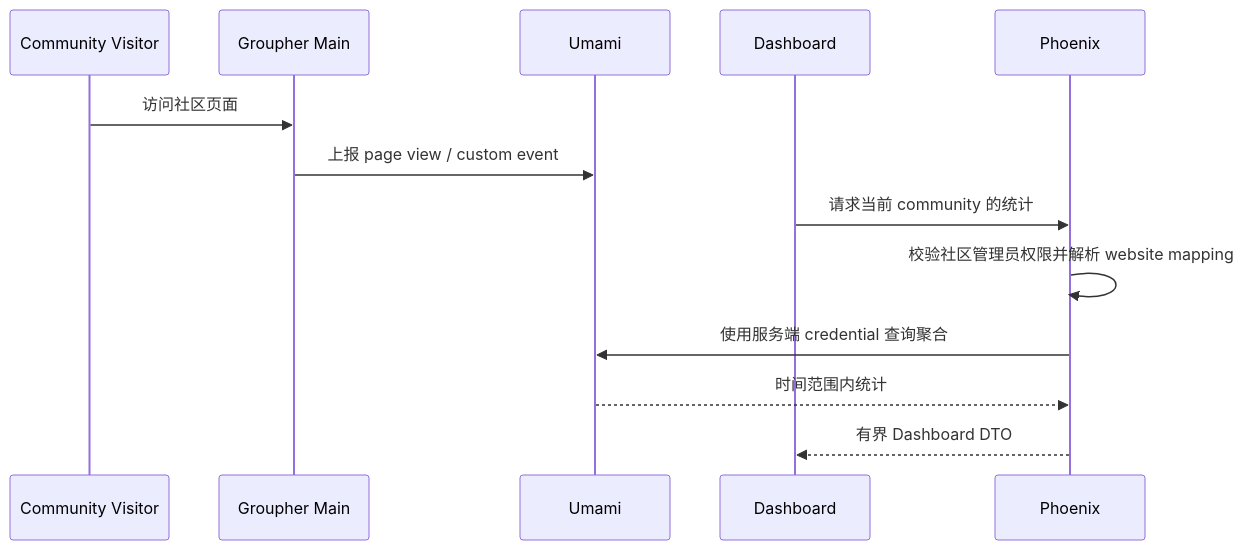
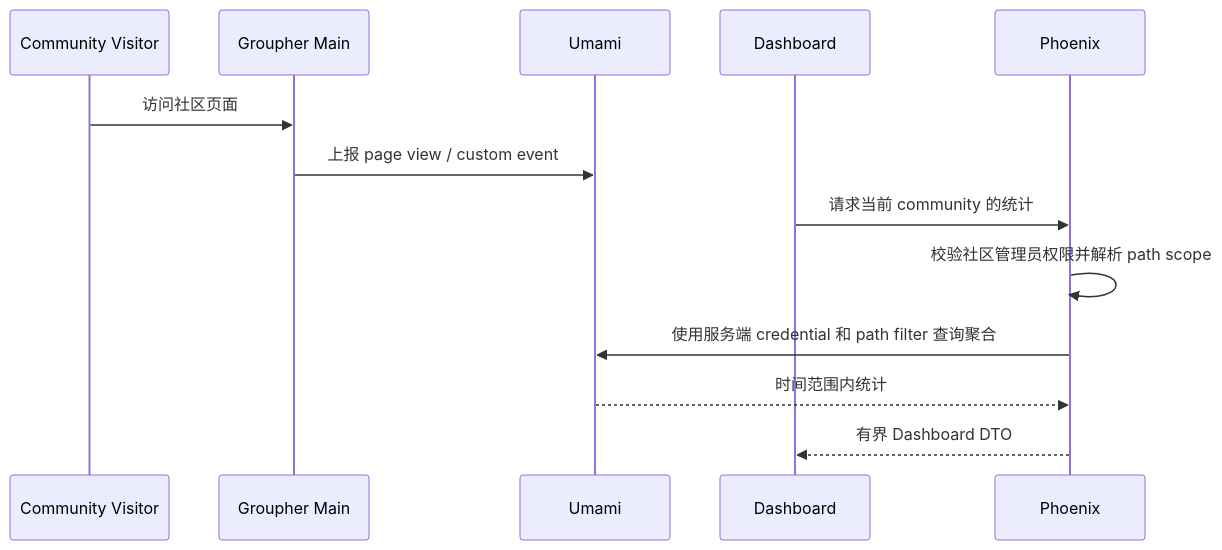
One commit to groupher/groupher changed the diagram in docs/sub-apps/umami.md. Above: the diagram before and after it, drawn with Mermaid. The commit also changed other lines of this file and 10 other files, not shown here.

````diff
--- a/docs/sub-apps/umami.md
+++ b/docs/sub-apps/umami.md
@@ -48,16 +53,16 @@
 ```mermaid
 sequenceDiagram
   participant V as Community Visitor
   participant M as Groupher Main
   participant U as Umami
   participant D as Dashboard
   participant P as Phoenix
 
   V->>M: 访问社区页面
   M->>U: 上报 page view / custom event
   D->>P: 请求当前 community 的统计
-  P->>P: 校验社区管理员权限并解析 website mapping
-  P->>U: 使用服务端 credential 查询聚合
+  P->>P: 校验社区管理员权限并解析 path scope
+  P->>U: 使用服务端 credential 和 path filter 查询聚合
   U-->>P: 时间范围内统计
   P-->>D: 有界 Dashboard DTO
 ```
````
